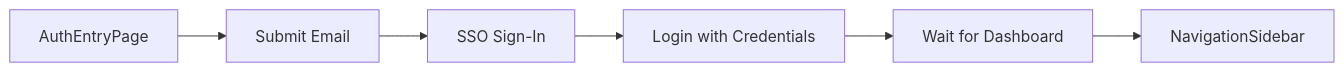
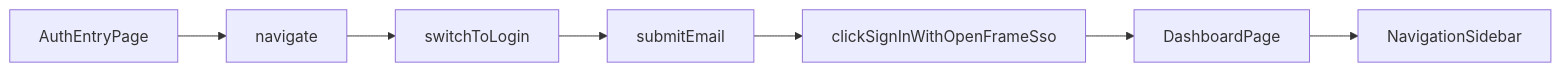
One commit to flamingo-stack/openframe-oss-lib changed the diagram in openframe-test-service-core/src/main/java/com/openframe/test/pages/flow/.UILoginFlow.md. Above: the diagram before and after it, drawn with Mermaid. The commit also changed other lines of this file and 1470 other files, not shown here.

````diff
--- a/openframe-test-service-core/src/main/java/com/openframe/test/pages/flow/.UILoginFlow.md
+++ b/openframe-test-service-core/src/main/java/com/openframe/test/pages/flow/.UILoginFlow.md
@@ -13,8 +28,9 @@
 ```mermaid
 graph LR
-    A["AuthEntryPage"] --> B["Submit Email"]
-    B --> C["SSO Sign-In"]
-    C --> D["Login with Credentials"]
-    D --> E["Wait for Dashboard"]
-    E --> F["NavigationSidebar"]
+    A[AuthEntryPage] --> B[navigate]
+    B --> C[switchToLogin]
+    C --> D[submitEmail]
+    D --> E[clickSignInWithOpenFrameSso]
+    E --> F[DashboardPage]
+    F --> G[NavigationSidebar]
 ```
````
